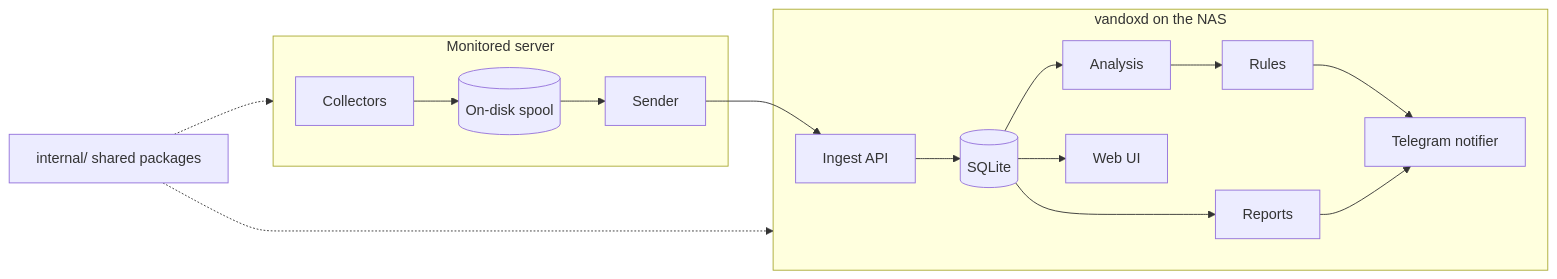
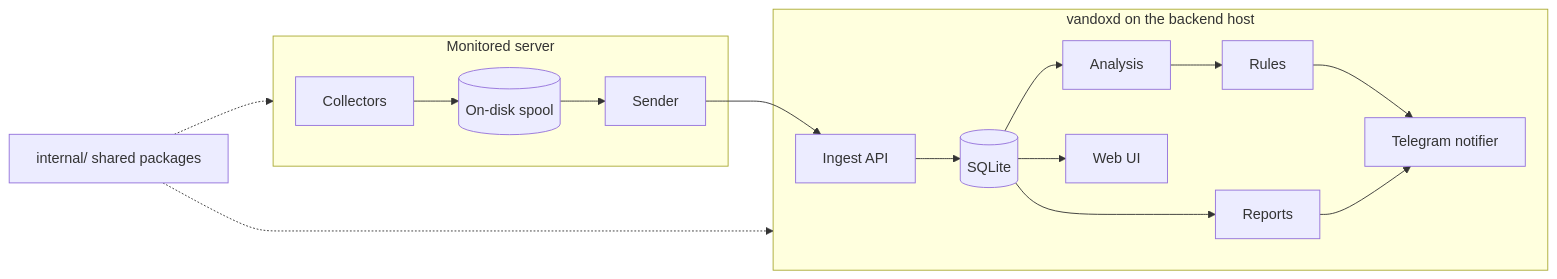
One commit to LarsLaskowski/Vandox changed the first of 3 diagrams in docs/ARCHITECTURE.md. Above: the diagram before and after it, drawn with Mermaid. The commit also changed other lines of this file and 20 other files, not shown here.

Commit message:
Generalize backend host references from Synology NAS (#97)

````diff
--- a/docs/ARCHITECTURE.md
+++ b/docs/ARCHITECTURE.md
@@ -36,19 +36,19 @@
 ```mermaid
 flowchart LR
     subgraph Server["Monitored server"]
         C[Collectors] --> SP[(On-disk spool)]
         SP --> SN[Sender]
     end
-    subgraph NAS["vandoxd on the NAS"]
+    subgraph NAS["vandoxd on the backend host"]
         IN[Ingest API] --> DB[(SQLite)]
         DB --> AN[Analysis]
         AN --> RU[Rules]
         RU --> TG[Telegram notifier]
         DB --> RP[Reports]
         RP --> TG
         DB --> UI[Web UI]
     end
     SN --> IN
     INT[internal/ shared packages] -.-> Server
     INT -.-> NAS
 ```
````
